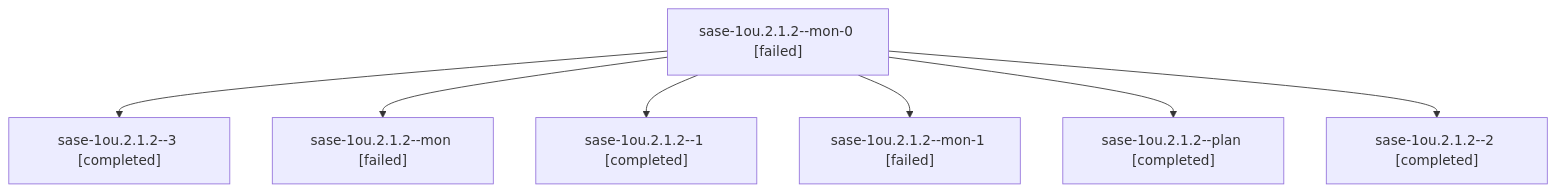
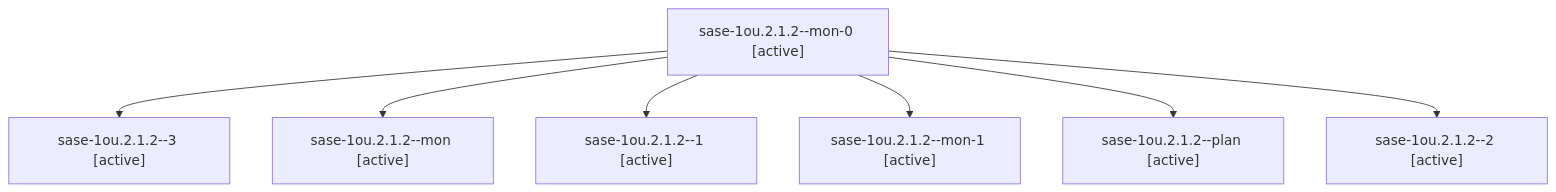
The diagram in sessions/bbugyi200.athena.sase-1ou.2.1.2.md (sase-org/sase--agents), drawn with Mermaid before and after one commit. The commit also changed other lines of this file and 93 other files, not shown here.

````diff
--- a/sessions/bbugyi200.athena.sase-1ou.2.1.2.md
+++ b/sessions/bbugyi200.athena.sase-1ou.2.1.2.md
@@ -9,16 +9,16 @@
 ```mermaid
 flowchart TD
-  n0["sase-1ou.2.1.2--mon-0 [failed]"]
-  n1["sase-1ou.2.1.2--3 [completed]"]
+  n0["sase-1ou.2.1.2--mon-0 [active]"]
+  n1["sase-1ou.2.1.2--3 [active]"]
   n0 --> n1
-  n2["sase-1ou.2.1.2--mon [failed]"]
+  n2["sase-1ou.2.1.2--mon [active]"]
   n0 --> n2
-  n3["sase-1ou.2.1.2--1 [completed]"]
+  n3["sase-1ou.2.1.2--1 [active]"]
   n0 --> n3
-  n4["sase-1ou.2.1.2--mon-1 [failed]"]
+  n4["sase-1ou.2.1.2--mon-1 [active]"]
   n0 --> n4
-  n5["sase-1ou.2.1.2--plan [completed]"]
+  n5["sase-1ou.2.1.2--plan [active]"]
   n0 --> n5
-  n6["sase-1ou.2.1.2--2 [completed]"]
+  n6["sase-1ou.2.1.2--2 [active]"]
   n0 --> n6
 ```
````
